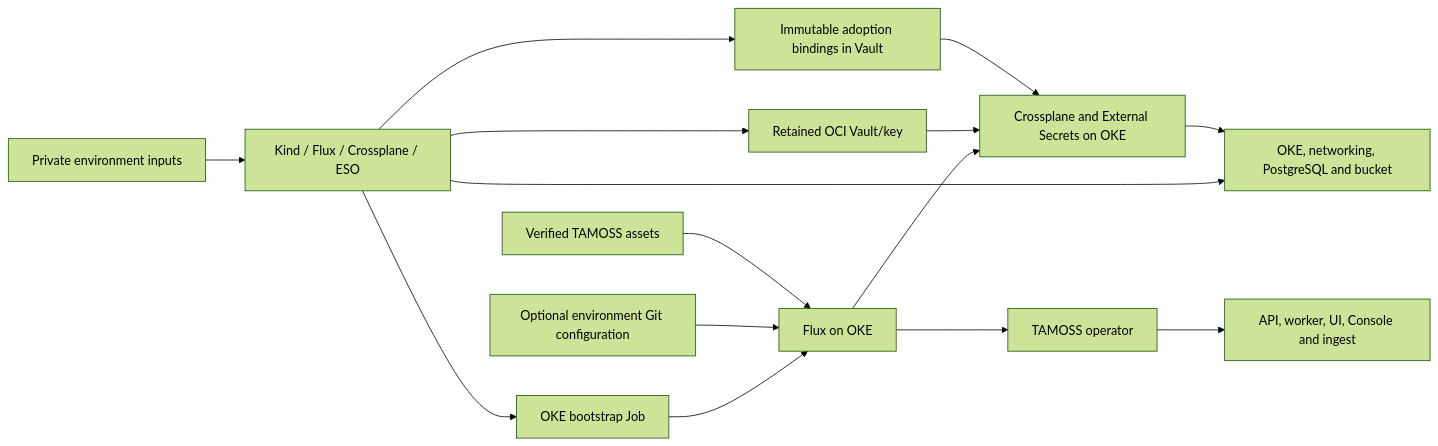
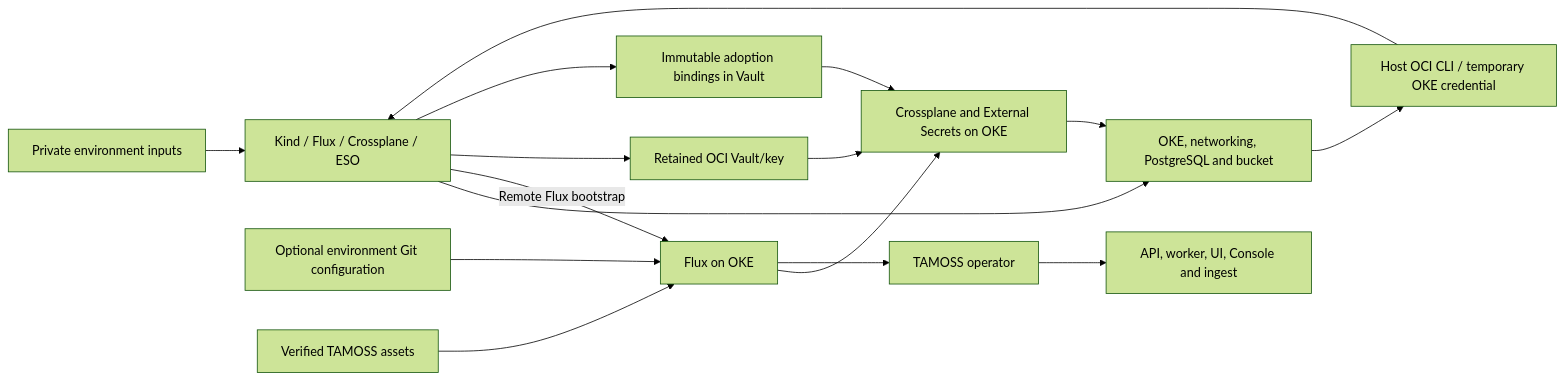
Before and after one commit to livewyer-ops/tamoss-cp-oci: the diagram in docs/architecture.md, drawn with Mermaid (forest theme). The commit also changed other lines of this file and 61 other files, not shown here.

First line of the commit message:
feat!: reconcile OKE bootstrap through Kind Flux

````diff
--- a/docs/architecture.md
+++ b/docs/architecture.md
@@ -46,18 +55,19 @@
 ```mermaid
 flowchart LR
     Inputs[Private environment inputs] --> Kind[Kind / Flux / Crossplane / ESO]
     Kind --> OCI[OKE, networking, PostgreSQL and bucket]
-    Kind --> Job[OKE bootstrap Job]
-    Job --> Flux
+    Host[Host OCI CLI / temporary OKE credential] --> Kind
+    Kind -->|Remote Flux bootstrap| Flux
+    OCI --> Host
     Kind --> Vault[Retained OCI Vault/key]
     Git[Optional environment Git configuration]
     Kind --> Bindings[Immutable adoption bindings in Vault]
     Git --> Flux[Flux on OKE]
     Release[Verified TAMOSS assets] --> Flux
     Flux --> Runtime[Crossplane and External Secrets on OKE]
     Runtime --> OCI
     Vault --> Runtime
     Bindings --> Runtime
     Flux --> Operator[TAMOSS operator]
     Operator --> App[API, worker, UI, Console and ingest]
 ```
````
